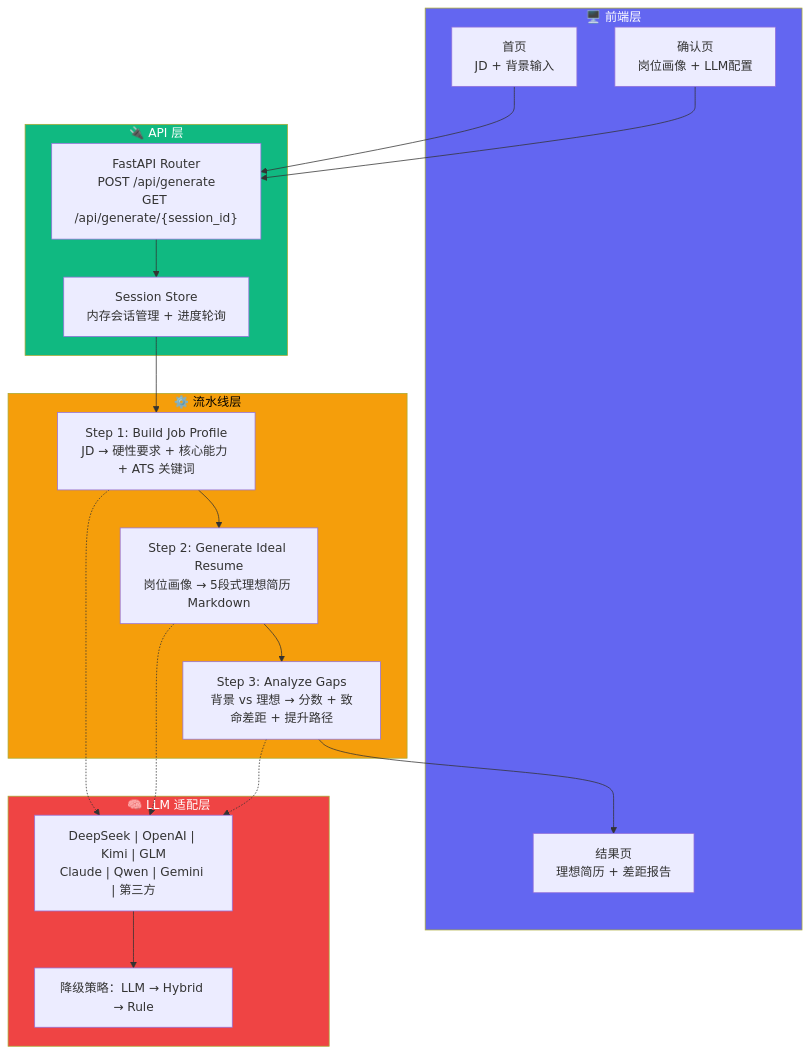
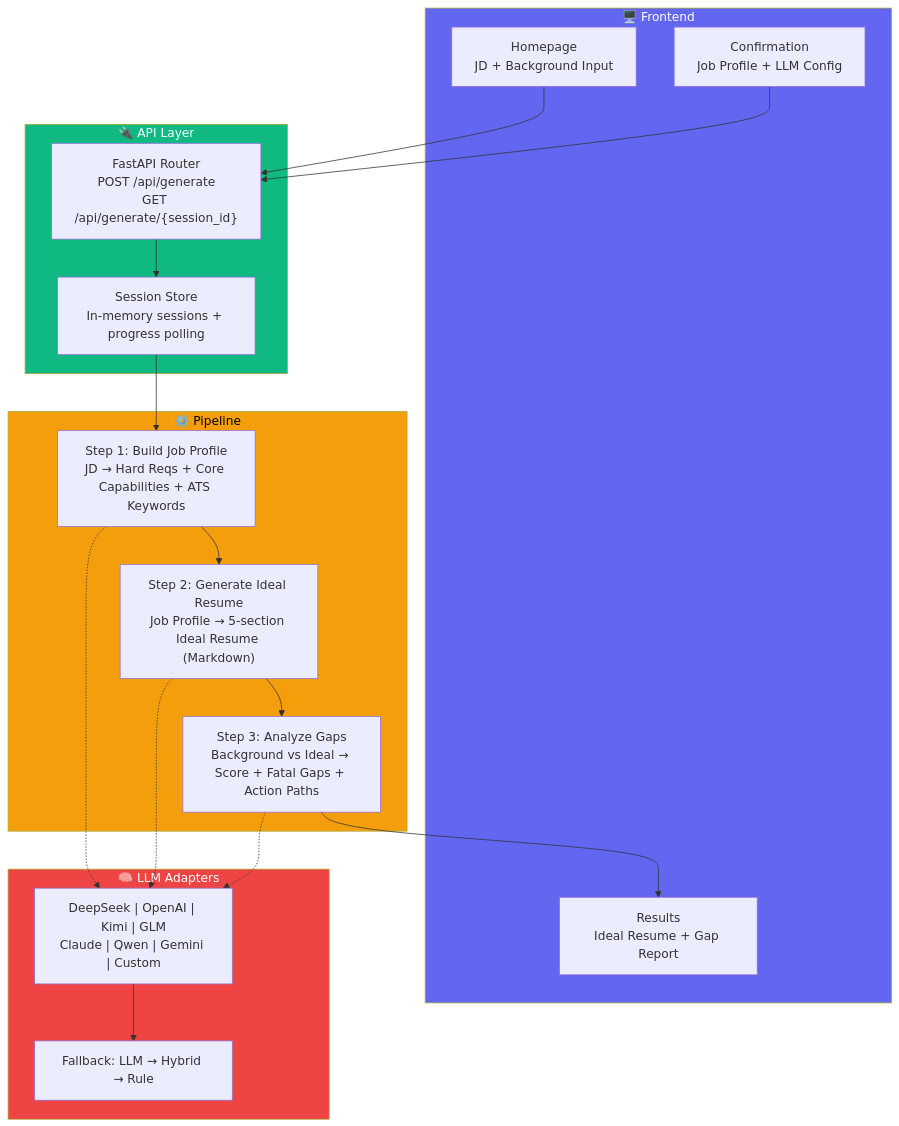
The first of 2 diagrams in README.md (Billkst/grounded-resume), drawn with Mermaid before and after one commit. The commit also changed other lines of this file and 1 other file, not shown here.

````diff
--- a/README.md
+++ b/README.md
@@ -100,41 +104,41 @@
 ```mermaid
 graph TB
-    subgraph UX["🖥️ 前端层"]
-        Home["首页<br/>JD + 背景输入"]
-        Confirm["确认页<br/>岗位画像 + LLM配置"]
-        Result["结果页<br/>理想简历 + 差距报告"]
+    subgraph UX["🖥️ Frontend"]
+        Home["Homepage<br/>JD + Background Input"]
+        Confirm["Confirmation<br/>Job Profile + LLM Config"]
+        Result["Results<br/>Ideal Resume + Gap Report"]
     end
 
-    subgraph API["🔌 API 层"]
+    subgraph API["🔌 API Layer"]
         Route["FastAPI Router<br/>POST /api/generate<br/>GET /api/generate/{session_id}"]
-        Session["Session Store<br/>内存会话管理 + 进度轮询"]
+        Session["Session Store<br/>In-memory sessions + progress polling"]
     end
 
-    subgraph Pipeline["⚙️ 流水线层"]
-        Step1["Step 1: Build Job Profile<br/>JD → 硬性要求 + 核心能力 + ATS 关键词"]
-        Step2["Step 2: Generate Ideal Resume<br/>岗位画像 → 5段式理想简历 Markdown"]
-        Step3["Step 3: Analyze Gaps<br/>背景 vs 理想 → 分数 + 致命差距 + 提升路径"]
+    subgraph Pipeline["⚙️ Pipeline"]
+        Step1["Step 1: Build Job Profile<br/>JD → Hard Reqs + Core Capabilities + ATS Keywords"]
+        Step2["Step 2: Generate Ideal Resume<br/>Job Profile → 5-section Ideal Resume (Markdown)"]
+        Step3["Step 3: Analyze Gaps<br/>Background vs Ideal → Score + Fatal Gaps + Action Paths"]
     end
 
-    subgraph LLM["🧠 LLM 适配层"]
-        Providers["DeepSeek | OpenAI | Kimi | GLM<br/>Claude | Qwen | Gemini | 第三方"]
-        Fallback["降级策略：LLM → Hybrid → Rule"]
+    subgraph LLM["🧠 LLM Adapters"]
+        Providers["DeepSeek | OpenAI | Kimi | GLM<br/>Claude | Qwen | Gemini | Custom"]
+        Fallback["Fallback: LLM → Hybrid → Rule"]
     end
 
     Home --> Route
     Confirm --> Route
     Route --> Session
     Session --> Step1
     Step1 --> Step2
     Step2 --> Step3
     Step3 --> Result
     Step1 -.-> Providers
     Step2 -.-> Providers
     Step3 -.-> Providers
     Providers --> Fallback
 
     style UX fill:#6366f1,color:#fff
     style API fill:#10b981,color:#fff
     style Pipeline fill:#f59e0b,color:#000
     style LLM fill:#ef4444,color:#fff
 ```
````
